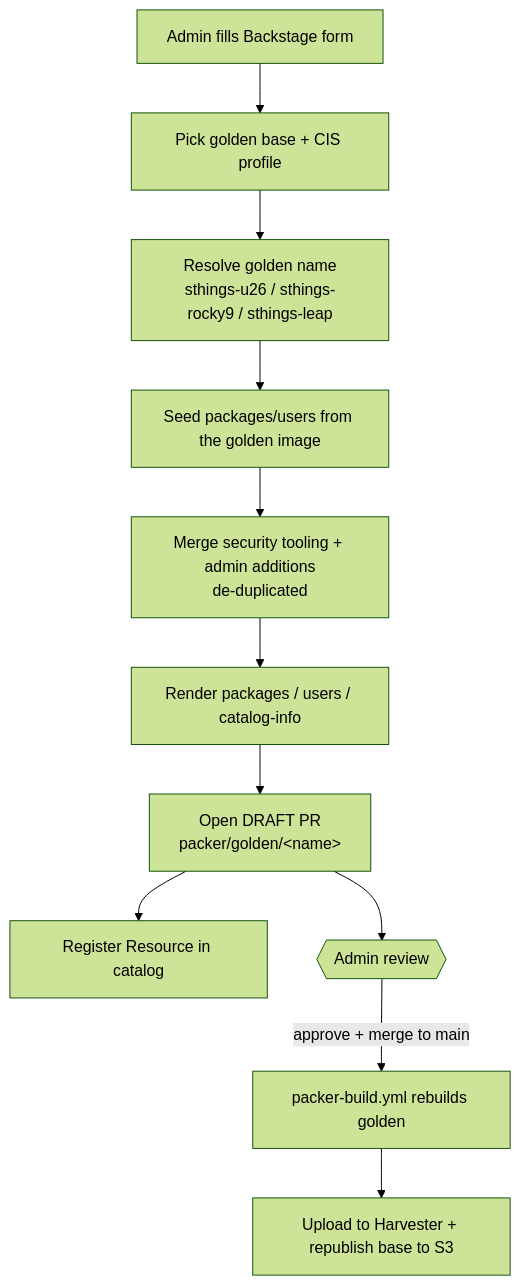
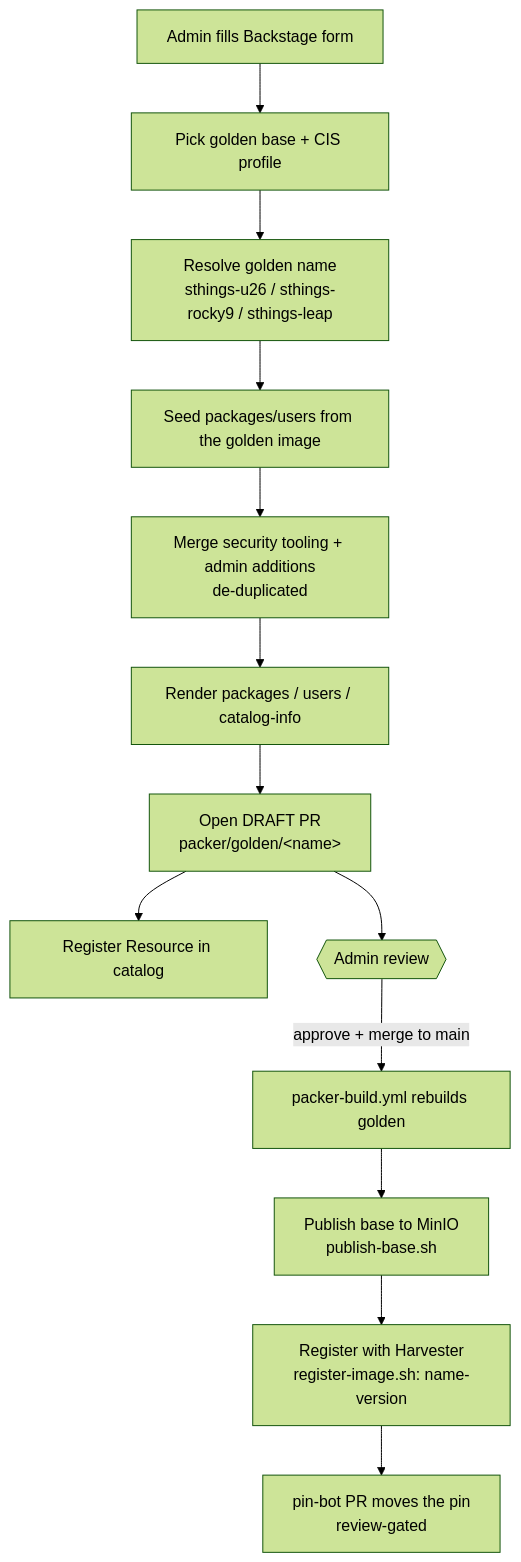
Before and after one commit to stuttgart-things/backstage-resources: the diagram in templates/harvester-packer-adminimage/README.md, drawn with Mermaid (forest theme). The commit also changed other lines of this file and 5 other files, not shown here.

First line of the commit message:
fix(harvester-packer): keep the golden checksum, stop leaking merge inputs, describe publish + register (#57)

````diff
--- a/templates/harvester-packer-adminimage/README.md
+++ b/templates/harvester-packer-adminimage/README.md
@@ -29,13 +31,15 @@
 ```mermaid
 flowchart TD
     A[Admin fills Backstage form] --> B[Pick golden base + CIS profile]
     B --> C[Resolve golden name<br/>sthings-u26 / sthings-rocky9 / sthings-leap]
     C --> D[Seed packages/users from the golden image]
     D --> E[Merge security tooling + admin additions<br/>de-duplicated]
     E --> F[Render packages / users / catalog-info]
     F --> G[Open DRAFT PR<br/>packer/golden/&lt;name&gt;]
     G --> H[Register Resource in catalog]
     G --> R{{Admin review}}
     R -->|approve + merge to main| I[packer-build.yml rebuilds golden]
-    I --> J[Upload to Harvester + republish base to S3]
+    I --> J[Publish base to MinIO<br/>publish-base.sh]
+    J --> K[Register with Harvester<br/>register-image.sh: name-version]
+    K --> L[pin-bot PR moves the pin<br/>review-gated]
 ```
````
